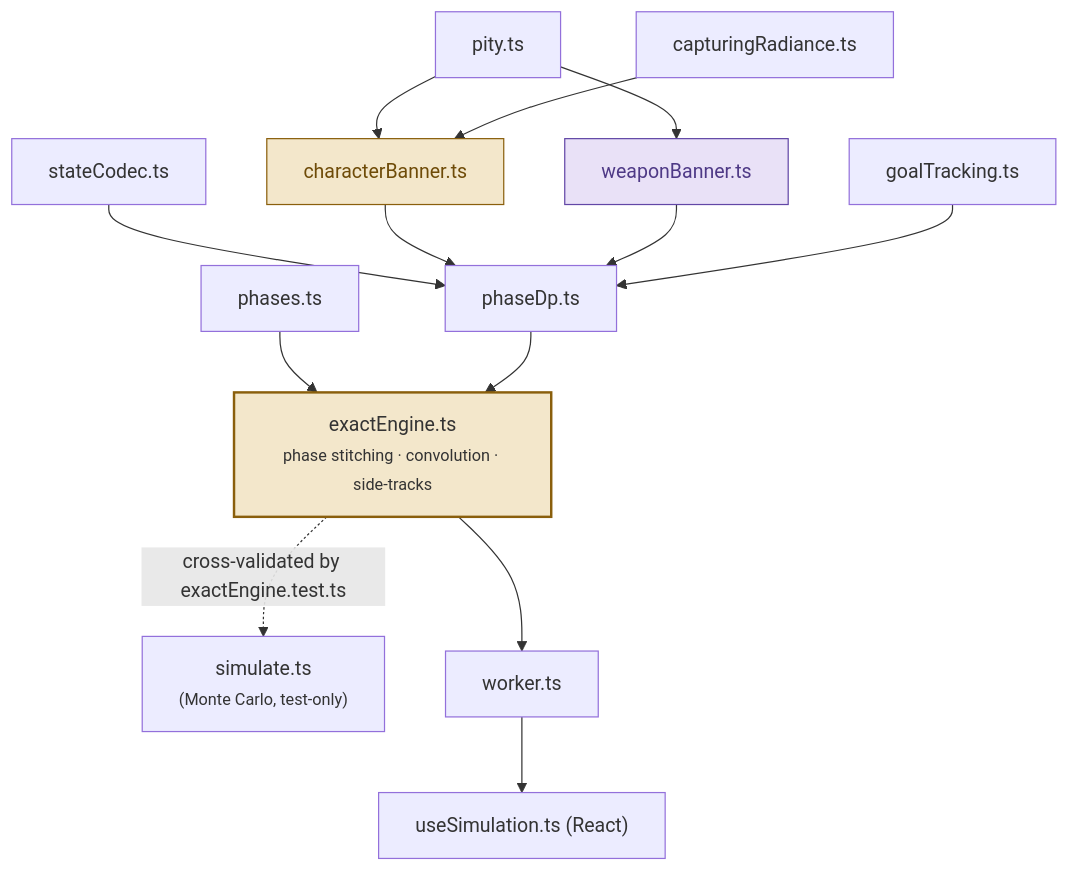
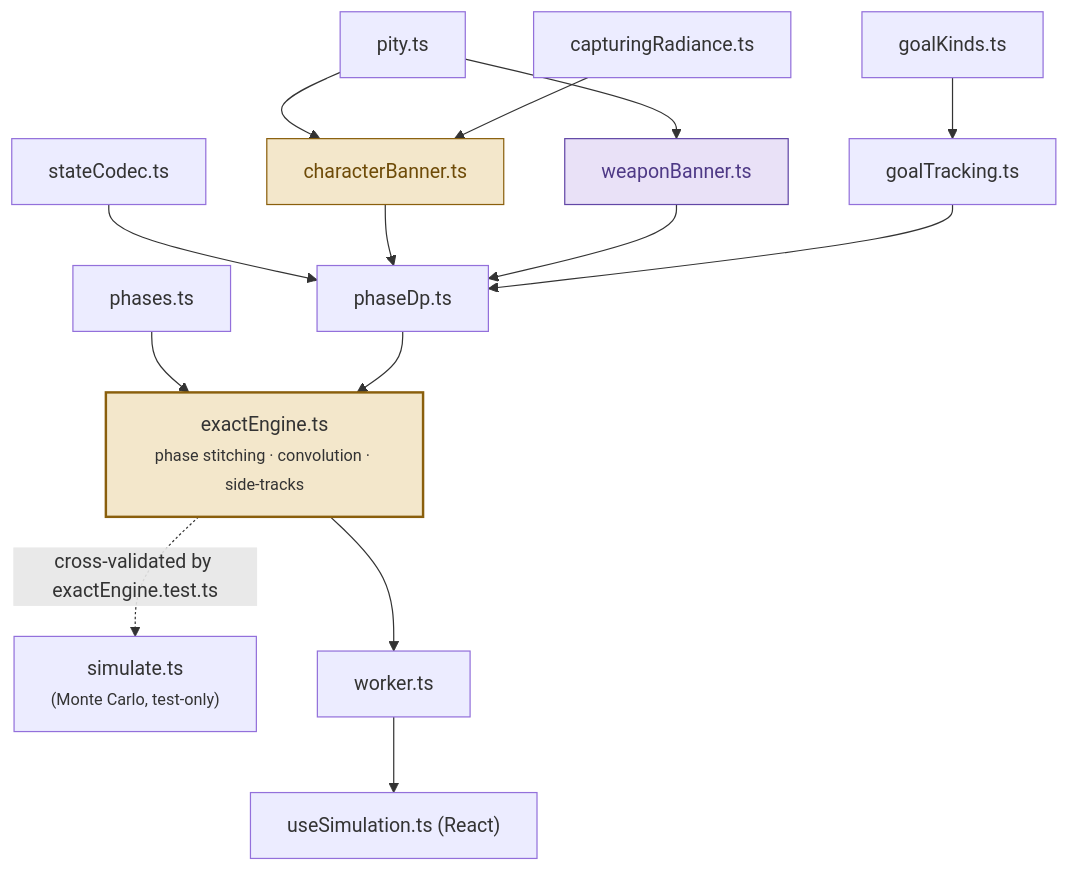
One commit to tdmdfever/genshin-wish-calculator changed the second of 2 diagrams in HOW_IT_WORKS.md. Above: the diagram before and after it, drawn with Mermaid. The commit also changed other lines of this file and 5 other files, not shown here.

````diff
--- a/HOW_IT_WORKS.md
+++ b/HOW_IT_WORKS.md
@@ -156,31 +156,33 @@
 ```mermaid
 graph TB
     pity["pity.ts"]
     cr["capturingRadiance.ts"]
     codec["stateCodec.ts"]
     charB["characterBanner.ts"]:::gold
     weapB["weaponBanner.ts"]:::violet
+    goalK["goalKinds.ts"]
     goalT["goalTracking.ts"]
     phaseDp["phaseDp.ts"]
     phases["phases.ts"]
     exact["exactEngine.ts<br/><small>phase stitching · convolution · side-tracks</small>"]:::engine
     sim["simulate.ts<br/><small>(Monte Carlo, test-only)</small>"]
     worker["worker.ts"]
     hook["useSimulation.ts (React)"]
 
     pity --> charB
     pity --> weapB
     cr --> charB
     codec --> phaseDp
     charB --> phaseDp
     weapB --> phaseDp
+    goalK --> goalT
     goalT --> phaseDp
     phases --> exact
     phaseDp --> exact
     exact --> worker --> hook
     exact -. "cross-validated by exactEngine.test.ts" .-> sim
 
     classDef gold fill:#F3E7CB,stroke:#8A5F0C,color:#6E4B08;
     classDef violet fill:#E9E1F7,stroke:#6247A6,color:#4E3986;
     classDef engine fill:#F3E7CB,stroke:#8A5F0C,stroke-width:2px;
 ```
````
